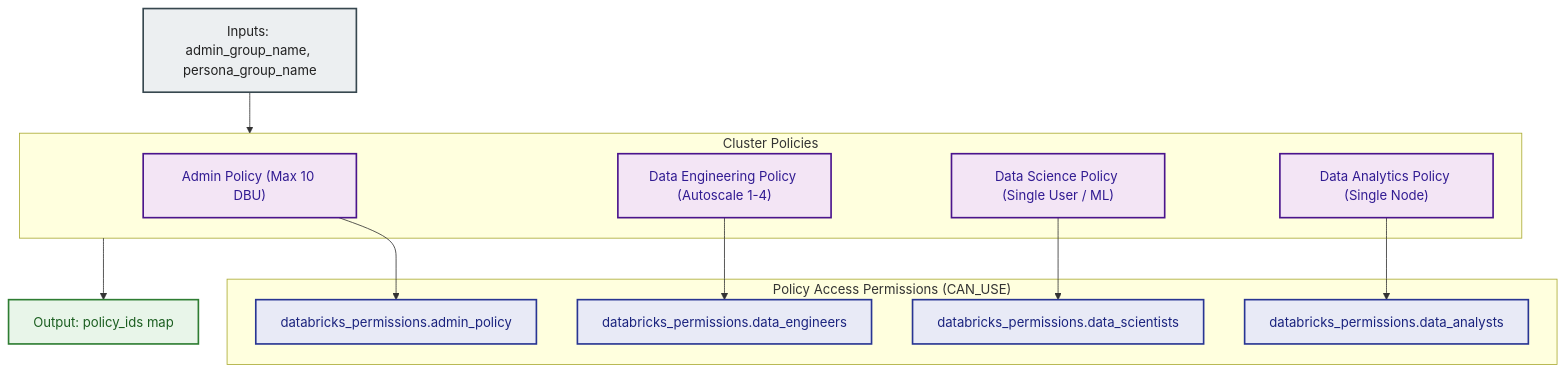
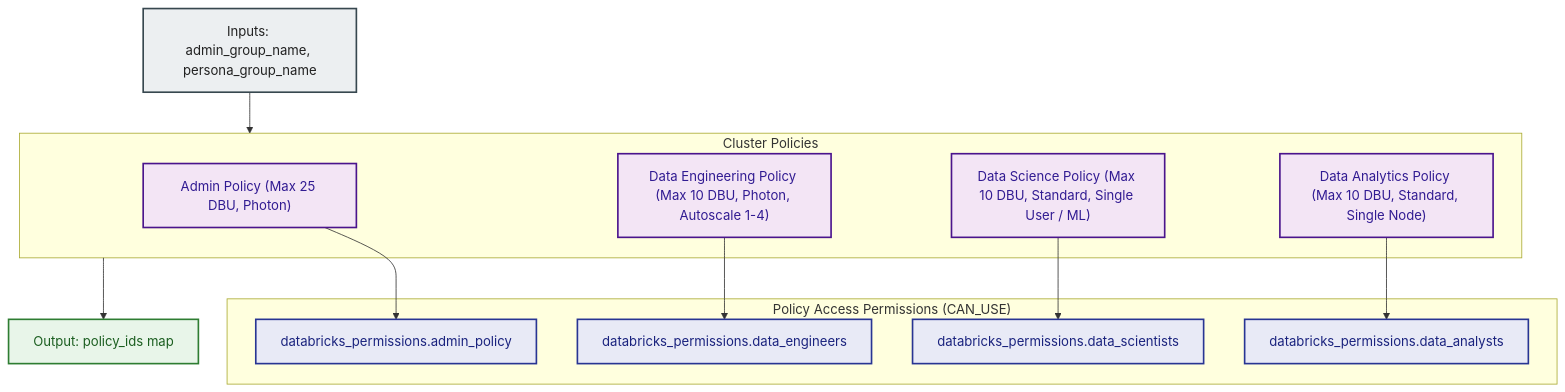
The diagram in modules/05.compute/001.compute_policies/README.md (MikolajSedek/databricks_aws_deployment_03_workspaces_and_compute), drawn with Mermaid before and after one commit. The commit also changed other lines of this file and 11 other files, not shown here.

````diff
--- a/modules/05.compute/001.compute_policies/README.md
+++ b/modules/05.compute/001.compute_policies/README.md
@@ -62,33 +64,33 @@
 ```mermaid
 flowchart TD
     classDef input fill:#ECEFF1,stroke:#37474F,stroke-width:2px,color:#212121;
     classDef policy fill:#F3E5F5,stroke:#4A148C,stroke-width:2px,color:#311B92;
     classDef acl fill:#E8EAF6,stroke:#283593,stroke-width:2px,color:#1A237E;
     classDef out fill:#E8F5E9,stroke:#2E7D32,stroke-width:2px,color:#1B5E20;
 
     Inputs["Inputs: admin_group_name, persona_group_name"]:::input
 
     subgraph Policies ["Cluster Policies"]
-        AdminPol["Admin Policy (Max 10 DBU)"]:::policy
-        DEPol["Data Engineering Policy (Autoscale 1-4)"]:::policy
-        DSPol["Data Science Policy (Single User / ML)"]:::policy
-        DAPol["Data Analytics Policy (Single Node)"]:::policy
+        AdminPol["Admin Policy (Max 25 DBU, Photon)"]:::policy
+        DEPol["Data Engineering Policy (Max 10 DBU, Photon, Autoscale 1-4)"]:::policy
+        DSPol["Data Science Policy (Max 10 DBU, Standard, Single User / ML)"]:::policy
+        DAPol["Data Analytics Policy (Max 10 DBU, Standard, Single Node)"]:::policy
     end
 
     subgraph ACLs ["Policy Access Permissions (CAN_USE)"]
         AdminACL["databricks_permissions.admin_policy"]:::acl
         DEACL["databricks_permissions.data_engineers"]:::acl
         DSACL["databricks_permissions.data_scientists"]:::acl
         DAACL["databricks_permissions.data_analysts"]:::acl
 
         AdminPol --> AdminACL
         DEPol --> DEACL
         DSPol --> DSACL
         DAPol --> DAACL
     end
 
     OutMap["Output: policy_ids map"]:::out
 
     Inputs --> Policies
     Policies --> OutMap
 ```
````
